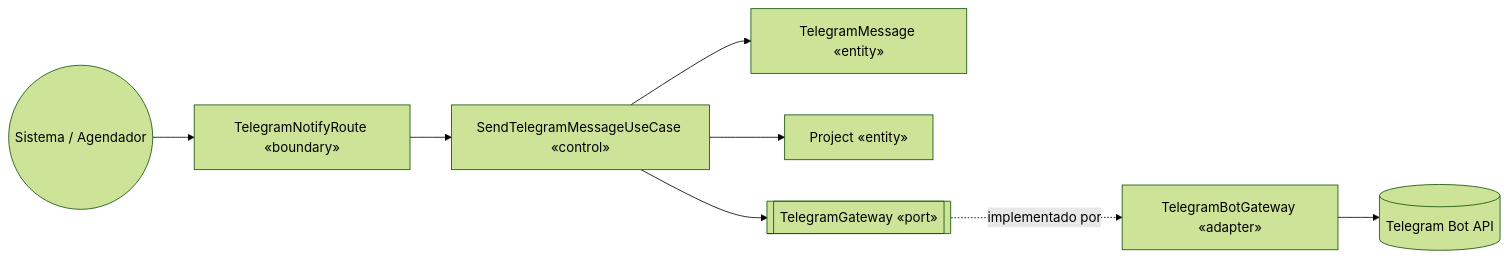
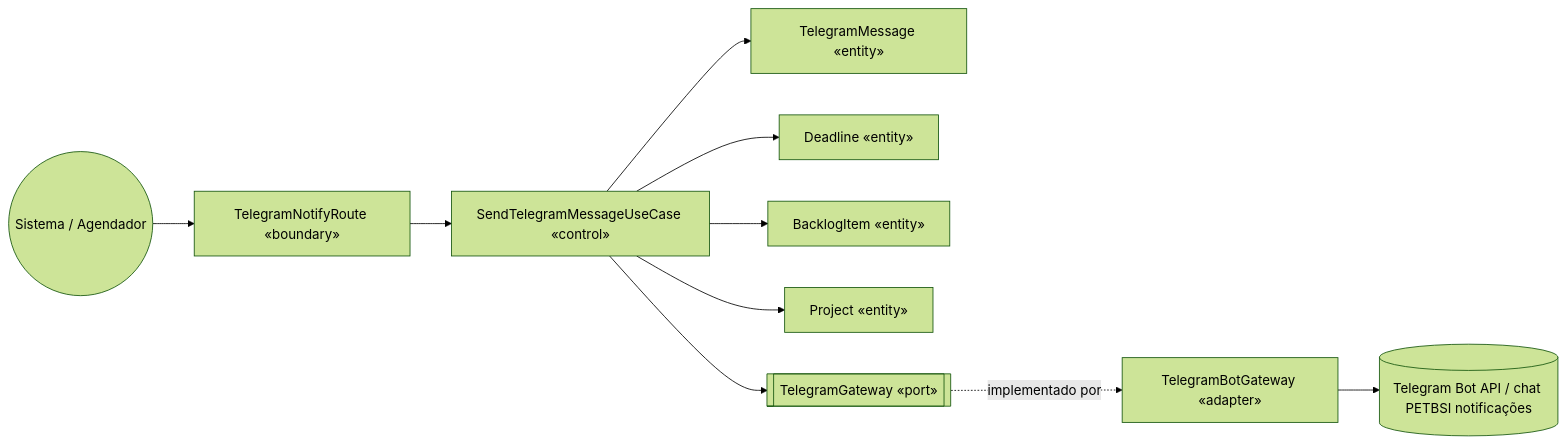
Before and after one commit to LuHenRe/PETBSI-SCRUM: the fifth of 5 diagrams in docs/especificao-de-software/07-boundary-control-entity.md, drawn with Mermaid (forest theme). The commit also changed other lines of this file and 18 other files, not shown here.

````diff
--- a/docs/especificao-de-software/07-boundary-control-entity.md
+++ b/docs/especificao-de-software/07-boundary-control-entity.md
@@ -111,10 +111,12 @@
 ```mermaid
 flowchart LR
     Sistema((Sistema / Agendador)) --> Route[TelegramNotifyRoute «boundary»]
     Route --> Send[SendTelegramMessageUseCase «control»]
     Send --> Message[TelegramMessage «entity»]
+    Send --> Deadline[Deadline «entity»]
+    Send --> Item[BacklogItem «entity»]
     Send --> Project[Project «entity»]
     Send --> TelegramGW[[TelegramGateway «port»]]
     TelegramGW -. implementado por .-> Bot[TelegramBotGateway «adapter»]
-    Bot --> Telegram[(Telegram Bot API)]
+    Bot --> Telegram[(Telegram Bot API / chat PETBSI notificações)]
 ```
````
